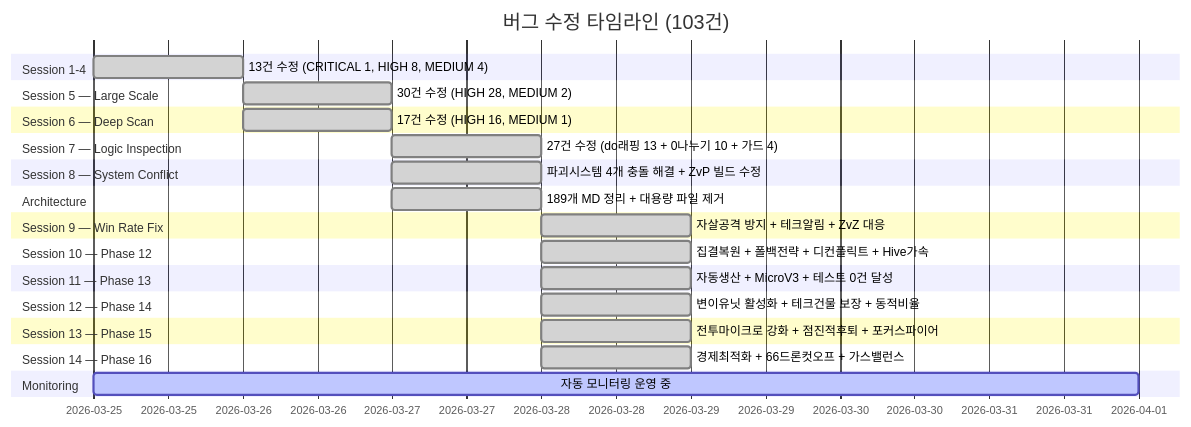
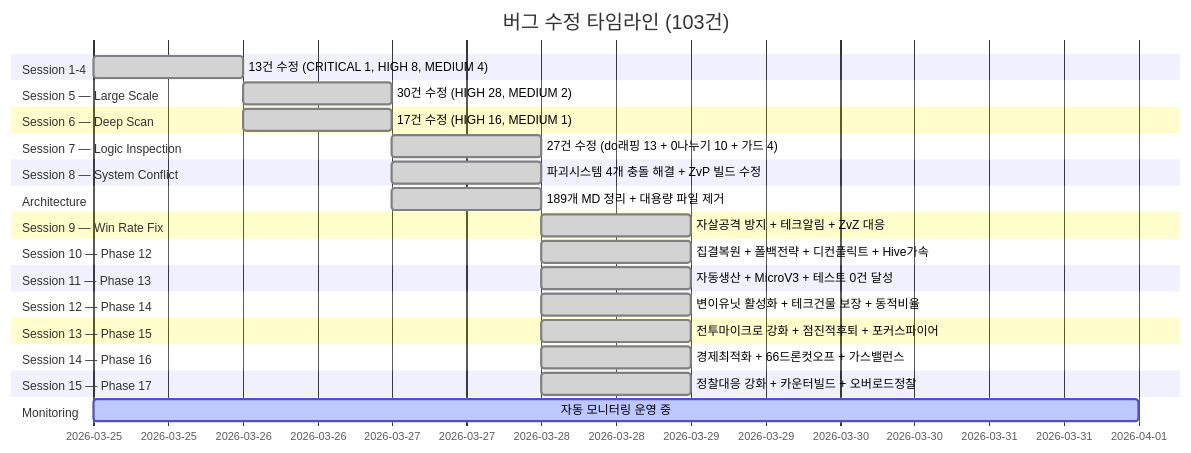
Diagram 23 of 31 in README.md (sun475300-sudo/Swarm-control-in-sc2bot), drawn with Mermaid before and after one commit. The commit also changed other lines of this file and 3 other files, not shown here.

First line of the commit message:
feat: Phase 17 정찰/대응 강화 — 카운터빌드 속도↑ + 치즈즉시대응 + 오버로드정찰

````diff
--- a/README.md
+++ b/README.md
@@ -633,31 +633,33 @@
 ```mermaid
 gantt
     title 버그 수정 타임라인 (103건)
     dateFormat YYYY-MM-DD
     section Session 1-4
         13건 수정 (CRITICAL 1, HIGH 8, MEDIUM 4)   :done, s1, 2026-03-25, 1d
     section Session 5 — Large Scale
         30건 수정 (HIGH 28, MEDIUM 2)              :done, s5, 2026-03-26, 1d
     section Session 6 — Deep Scan
         17건 수정 (HIGH 16, MEDIUM 1)              :done, s6, 2026-03-26, 1d
     section Session 7 — Logic Inspection
         27건 수정 (do래핑 13 + 0나누기 10 + 가드 4) :done, s7, 2026-03-27, 1d
     section Session 8 — System Conflict
         파괴시스템 4개 충돌 해결 + ZvP 빌드 수정    :done, s8, 2026-03-27, 1d
     section Architecture
         189개 MD 정리 + 대용량 파일 제거            :done, s9, 2026-03-27, 1d
     section Session 9 — Win Rate Fix
         자살공격 방지 + 테크알림 + ZvZ 대응         :done, s10, 2026-03-28, 1d
     section Session 10 — Phase 12
         집결복원 + 폴백전략 + 디컨플릭트 + Hive가속 :done, s11, 2026-03-28, 1d
     section Session 11 — Phase 13
         자동생산 + MicroV3 + 테스트 0건 달성       :done, s12, 2026-03-28, 1d
     section Session 12 — Phase 14
         변이유닛 활성화 + 테크건물 보장 + 동적비율  :done, s13, 2026-03-28, 1d
     section Session 13 — Phase 15
         전투마이크로 강화 + 점진적후퇴 + 포커스파이어 :done, s14, 2026-03-28, 1d
     section Session 14 — Phase 16
         경제최적화 + 66드론컷오프 + 가스밸런스     :done, s15, 2026-03-28, 1d
+    section Session 15 — Phase 17
+        정찰대응 강화 + 카운터빌드 + 오버로드정찰   :done, s16, 2026-03-28, 1d
     section Monitoring
         자동 모니터링 운영 중                        :active, mon, 2026-03-25, 7d
 ```
````
